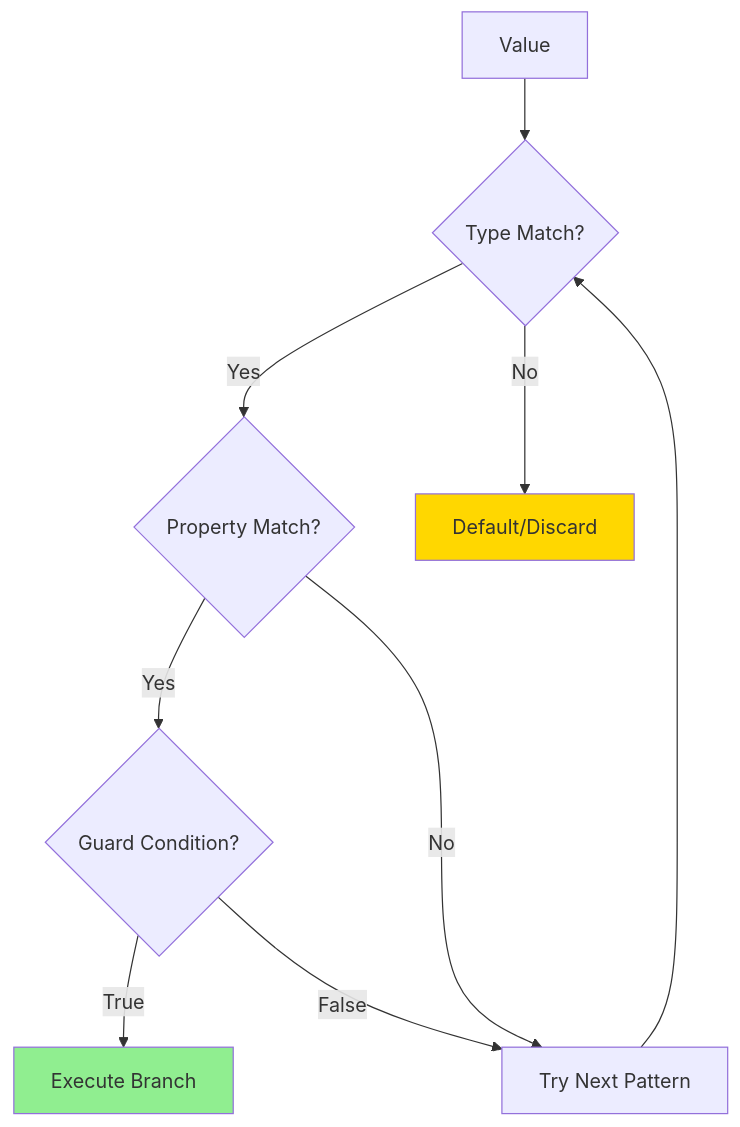
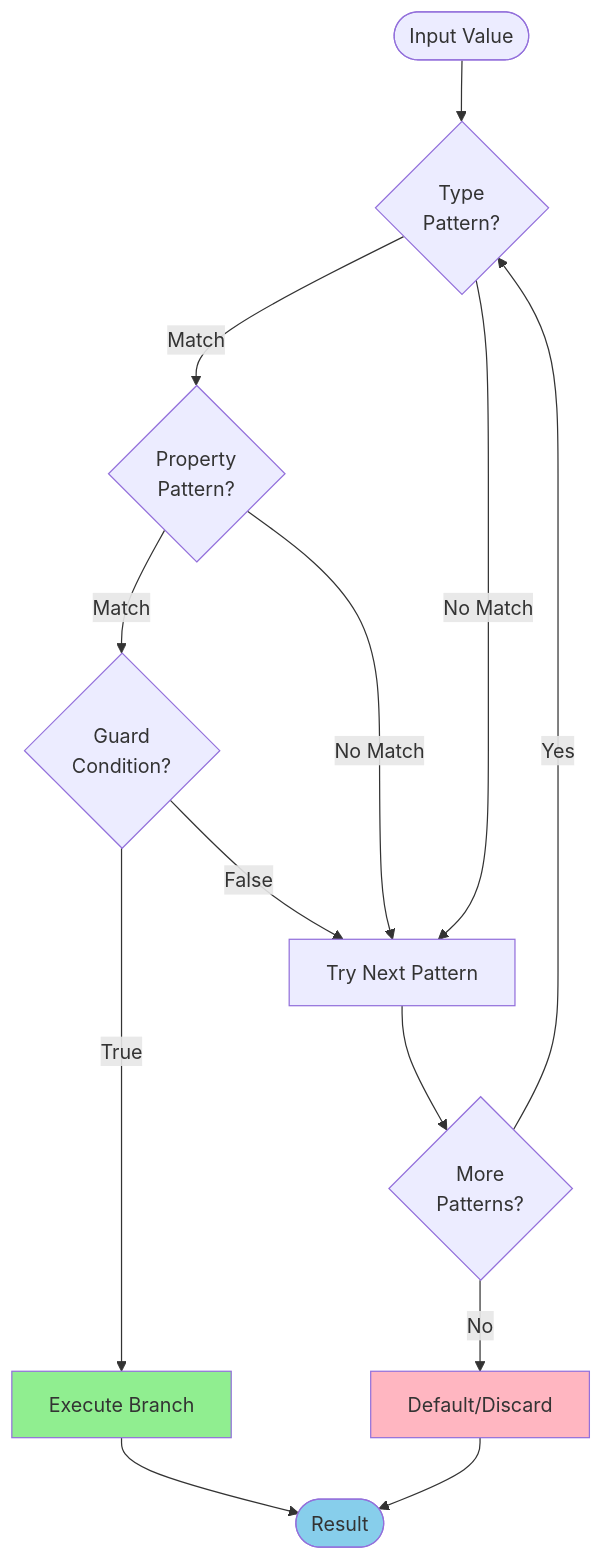
Before and after one commit to NguyenPhamCode4You/ai-home-lab-docker-compose: the second of 3 diagrams in C# fundamentals/day11-modern-csharp.md, drawn with Mermaid. The commit also changed other lines of this file and 1 other file, not shown here.

````diff
--- a/C# fundamentals/day11-modern-csharp.md
+++ b/C# fundamentals/day11-modern-csharp.md
@@ -39,17 +36,23 @@
 ```mermaid
-graph TD
-    A[Value] --> B{Type Match?}
-    B -->|Yes| C{Property Match?}
-    B -->|No| D[Default/Discard]
+flowchart TD
+    Start([Input Value]) --> TypeCheck{Type<br/>Pattern?}
+    TypeCheck -->|Match| PropCheck{Property<br/>Pattern?}
+    TypeCheck -->|No Match| NextPattern[Try Next Pattern]
 
-    C -->|Yes| E{Guard Condition?}
-    C -->|No| F[Try Next Pattern]
+    PropCheck -->|Match| Guard{Guard<br/>Condition?}
+    PropCheck -->|No Match| NextPattern
 
-    E -->|True| G[Execute Branch]
-    E -->|False| F
+    Guard -->|True| Execute[Execute Branch]
+    Guard -->|False| NextPattern
 
-    F --> B
+    NextPattern --> MorePatterns{More<br/>Patterns?}
+    MorePatterns -->|Yes| TypeCheck
+    MorePatterns -->|No| Default[Default/Discard]
 
-    style G fill:#90EE90
-    style D fill:#FFD700
+    Execute --> End([Result])
+    Default --> End
+
+    style Execute fill:#90EE90
+    style Default fill:#FFB6C1
+    style End fill:#87CEEB
 ```
````
